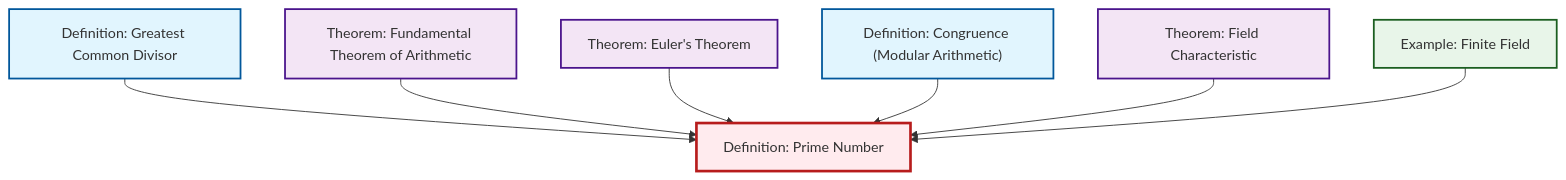
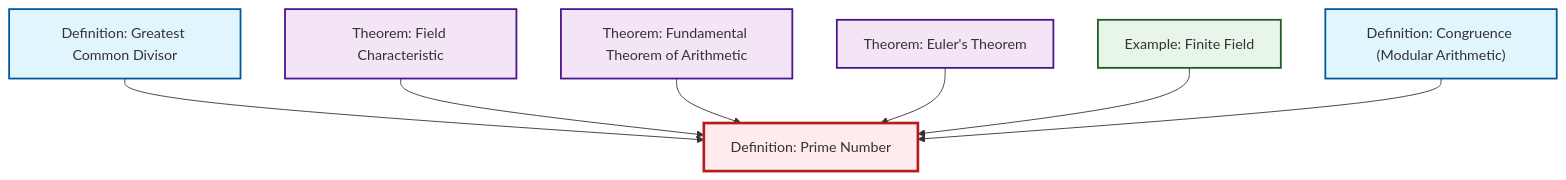
One commit to RK0429/ModernMath changed the diagram in content/en/number-theory/def-prime.qmd. Above: the diagram before and after it, drawn with Mermaid. The commit also changed other lines of this file and 434 other files, not shown here.

````diff
--- a/content/en/number-theory/def-prime.qmd
+++ b/content/en/number-theory/def-prime.qmd
@@ -53,29 +53,29 @@
 ```{mermaid}
 %%| fig-cap: "Local dependency graph"
 graph TD
     classDef definition fill:#e1f5fe,stroke:#01579b,stroke-width:2px
     classDef theorem fill:#f3e5f5,stroke:#4a148c,stroke-width:2px
     classDef axiom fill:#fff3e0,stroke:#e65100,stroke-width:2px
     classDef example fill:#e8f5e9,stroke:#1b5e20,stroke-width:2px
     classDef current fill:#ffebee,stroke:#b71c1c,stroke-width:3px
+    ex-finite-field["Example: Finite Field"]:::example
+    def-prime["Definition: Prime Number"]:::definition
     def-gcd["Definition: Greatest Common Divisor"]:::definition
-    ex-finite-field["Example: Finite Field"]:::example
+    thm-fundamental-arithmetic["Theorem: Fundamental Theorem of Arithmetic"]:::theorem
+    thm-field-characteristic["Theorem: Field Characteristic"]:::theorem
     thm-euler["Theorem: Euler's Theorem"]:::theorem
-    thm-field-characteristic["Theorem: Field Characteristic"]:::theorem
-    thm-fundamental-arithmetic["Theorem: Fundamental Theorem of Arithmetic"]:::theorem
     def-congruence["Definition: Congruence (Modular Arithmetic)"]:::definition
-    def-prime["Definition: Prime Number"]:::definition
     def-gcd --> def-prime
+    thm-field-characteristic --> def-prime
     thm-fundamental-arithmetic --> def-prime
     thm-euler --> def-prime
+    ex-finite-field --> def-prime
     def-congruence --> def-prime
-    thm-field-characteristic --> def-prime
-    ex-finite-field --> def-prime
     class def-prime current
+    click ex-finite-field "ex-finite-field.html" "Go to Finite Field example"
     click def-gcd "def-gcd.html" "Go to Greatest Common Divisor definition"
-    click ex-finite-field "ex-finite-field.html" "Go to Finite Field example"
+    click thm-fundamental-arithmetic "thm-fundamental-arithmetic.html" "Go to Fundamental Theorem of Arithmetic theorem"
+    click thm-field-characteristic "thm-field-characteristic.html" "Go to Field Characteristic theorem"
     click thm-euler "thm-euler.html" "Go to Euler's Theorem theorem"
-    click thm-field-characteristic "thm-field-characteristic.html" "Go to Field Characteristic theorem"
-    click thm-fundamental-arithmetic "thm-fundamental-arithmetic.html" "Go to Fundamental Theorem of Arithmetic theorem"
     click def-congruence "def-congruence.html" "Go to Congruence (Modular Arithmetic) definition"
 ```
````
